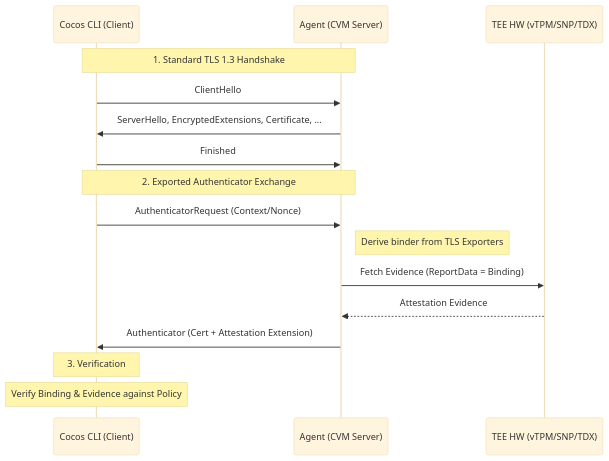
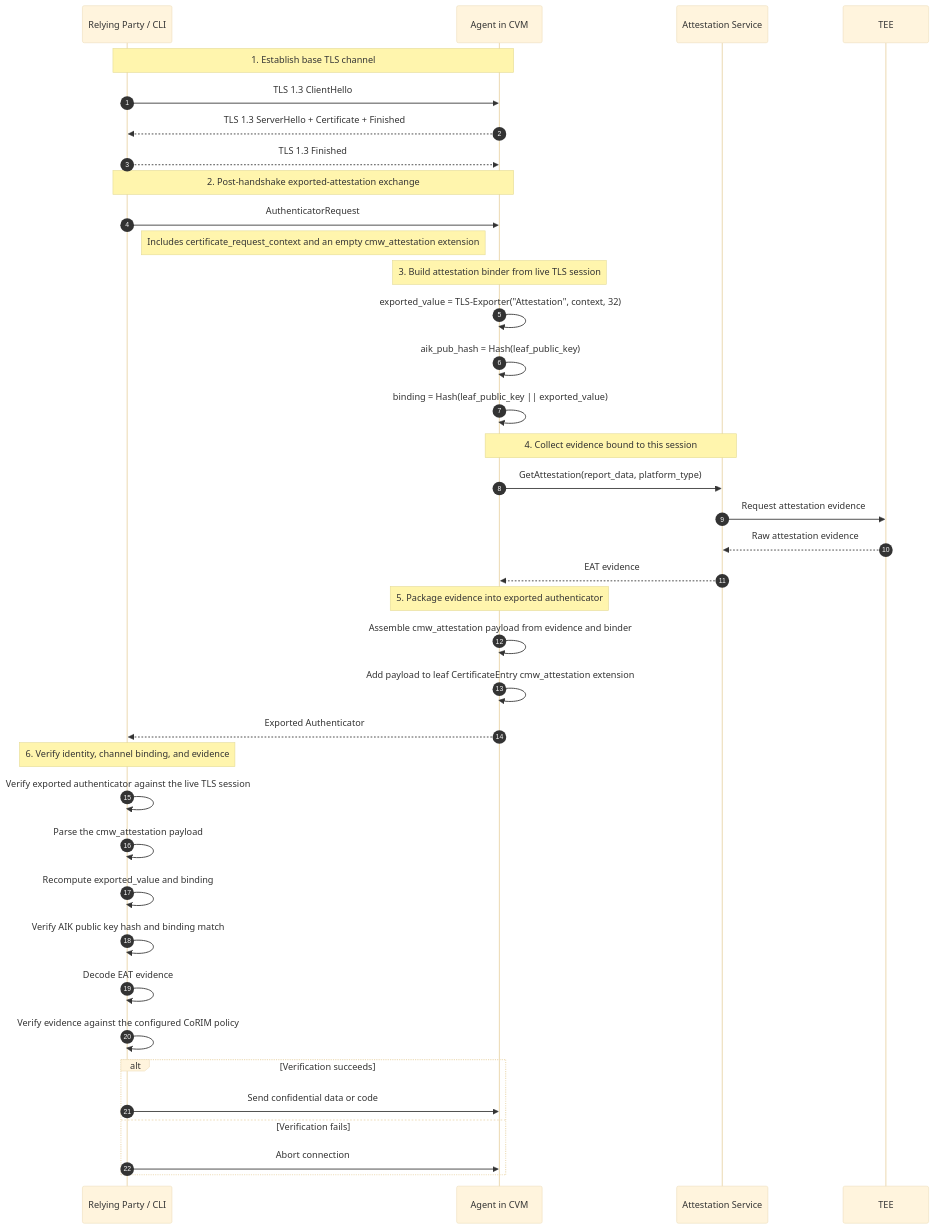
The diagram in content/docs/trusted-execution/attestation/atls.md (ultravioletrs/cocos.ai), drawn with Mermaid (base theme) before and after one commit.

Commit message:
add mermaid aTLS diagram

````diff
--- a/content/docs/trusted-execution/attestation/atls.md
+++ b/content/docs/trusted-execution/attestation/atls.md
@@ -17,21 +17,47 @@
 ```mermaid
 sequenceDiagram
-    participant CLI as Cocos CLI (Client)
-    participant Agent as Agent (CVM Server)
-    participant TEE as TEE HW (vTPM/SNP/TDX)
+    autonumber
+    participant RP as Relying Party / CLI
+    participant CVM as Agent in CVM
+    participant AS as Attestation Service
+    participant TEE
 
-    Note over CLI, Agent: 1. Standard TLS 1.3 Handshake
-    CLI->>Agent: ClientHello
-    Agent->>CLI: ServerHello, EncryptedExtensions, Certificate, ...
-    CLI->>Agent: Finished
+    Note over RP,CVM: 1. Establish base TLS channel
+    RP->>CVM: TLS 1.3 ClientHello
+    CVM-->>RP: TLS 1.3 ServerHello + Certificate + Finished
+    RP-->>CVM: TLS 1.3 Finished
 
-    Note over CLI, Agent: 2. Exported Authenticator Exchange
-    CLI->>Agent: AuthenticatorRequest (Context/Nonce)
-    Note right of Agent: Derive binder from TLS Exporters
-    Agent->>TEE: Fetch Evidence (ReportData = Binding)
-    TEE-->>Agent: Attestation Evidence
-    Agent->>CLI: Authenticator (Cert + Attestation Extension)
+    Note over RP,CVM: 2. Post-handshake exported-attestation exchange
+    RP->>CVM: AuthenticatorRequest
+    Note right of RP: Includes certificate_request_context and an empty cmw_attestation extension
 
-    Note over CLI: 3. Verification
-    Note over CLI: Verify Binding & Evidence against Policy
+    Note over CVM: 3. Build attestation binder from live TLS session
+    CVM->>CVM: exported_value = TLS-Exporter("Attestation", context, 32)
+    CVM->>CVM: aik_pub_hash = Hash(leaf_public_key)
+    CVM->>CVM: binding = Hash(leaf_public_key || exported_value)
+
+    Note over CVM,AS: 4. Collect evidence bound to this session
+    CVM->>AS: GetAttestation(report_data, platform_type)
+    AS->>TEE: Request attestation evidence
+    TEE-->>AS: Raw attestation evidence
+    AS-->>CVM: EAT evidence
+
+    Note over CVM: 5. Package evidence into exported authenticator
+    CVM->>CVM: Assemble cmw_attestation payload from evidence and binder
+    CVM->>CVM: Add payload to leaf CertificateEntry cmw_attestation extension
+    CVM-->>RP: Exported Authenticator
+
+    Note over RP: 6. Verify identity, channel binding, and evidence
+    RP->>RP: Verify exported authenticator against the live TLS session
+    RP->>RP: Parse the cmw_attestation payload
+    RP->>RP: Recompute exported_value and binding
+    RP->>RP: Verify AIK public key hash and binding match
+    RP->>RP: Decode EAT evidence
+    RP->>RP: Verify evidence against the configured CoRIM policy
+
+    alt Verification succeeds
+        RP->>CVM: Send confidential data or code
+    else Verification fails
+        RP->>CVM: Abort connection
+    end
 ```
````
